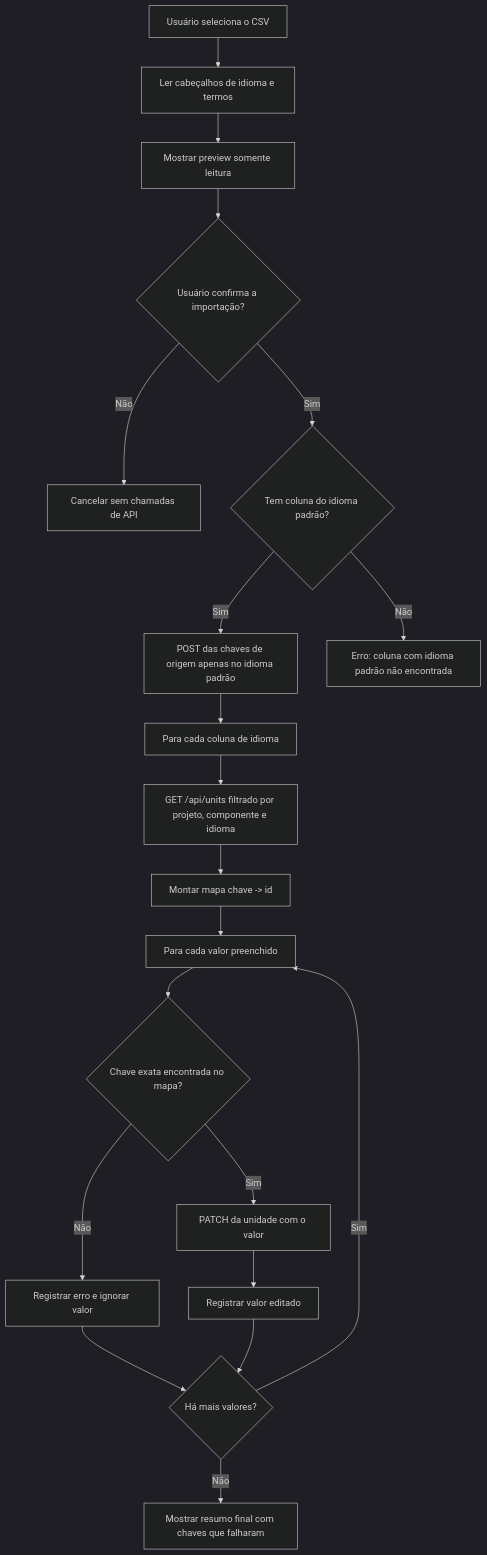
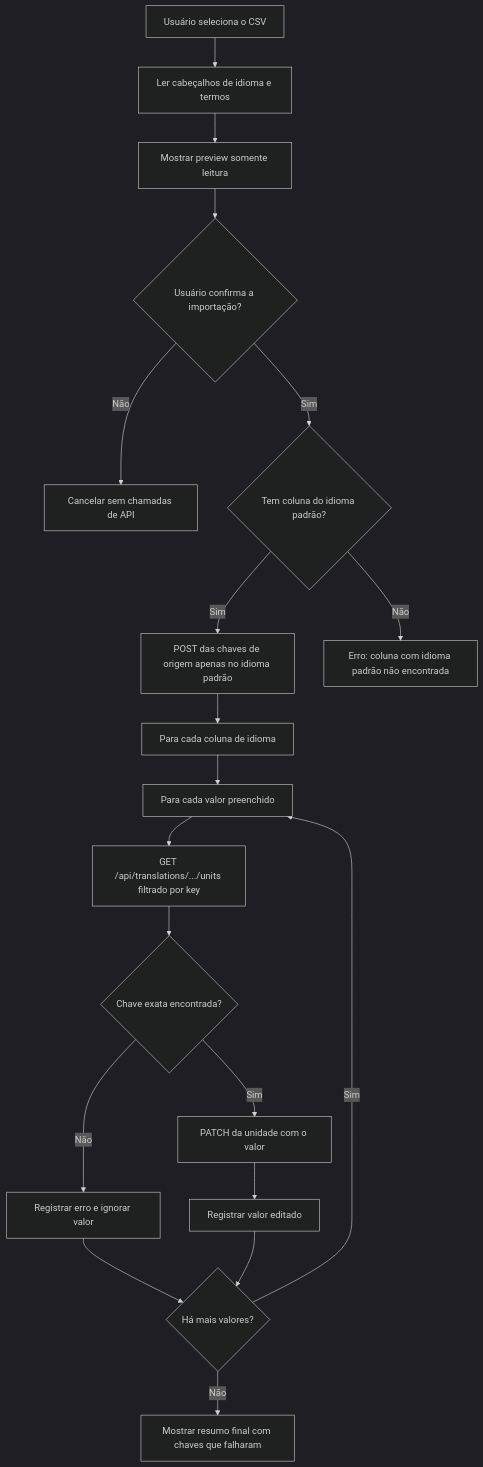
Before and after one commit to aevoti/fastlate: the diagram in README.md, drawn with Mermaid (dark theme). The commit also changed other lines of this file and 9 other files, not shown here.

````diff
--- a/README.md
+++ b/README.md
@@ -114,22 +141,21 @@
 ```mermaid
 flowchart TD
   A["Usuário seleciona o CSV"] --> B["Ler cabeçalhos de idioma e termos"]
   B --> C["Mostrar preview somente leitura"]
   C --> D{"Usuário confirma a importação?"}
   D -- "Não" --> E["Cancelar sem chamadas de API"]
   D -- "Sim" --> F{"Tem coluna do idioma padrão?"}
   F -- "Sim" --> G["POST das chaves de origem apenas no idioma padrão"]
   F -- "Não" --> H["Erro: coluna com idioma padrão não encontrada"]
   G --> I["Para cada coluna de idioma"]
-  I --> J["GET /api/units filtrado por projeto, componente e idioma"]
-  J --> K["Montar mapa chave -> id"]
-  K --> L["Para cada valor preenchido"]
-  L --> M{"Chave exata encontrada no mapa?"}
+  I --> J["Para cada valor preenchido"]
+  J --> K["GET /api/translations/.../units filtrado por key"]
+  K --> M{"Chave exata encontrada?"}
   M -- "Não" --> N["Registrar erro e ignorar valor"]
   M -- "Sim" --> O["PATCH da unidade com o valor"]
   O --> P["Registrar valor editado"]
   N --> Q{"Há mais valores?"}
   P --> Q
-  Q -- "Sim" --> L
+  Q -- "Sim" --> J
   Q -- "Não" --> R["Mostrar resumo final com chaves que falharam"]
 ```
````
